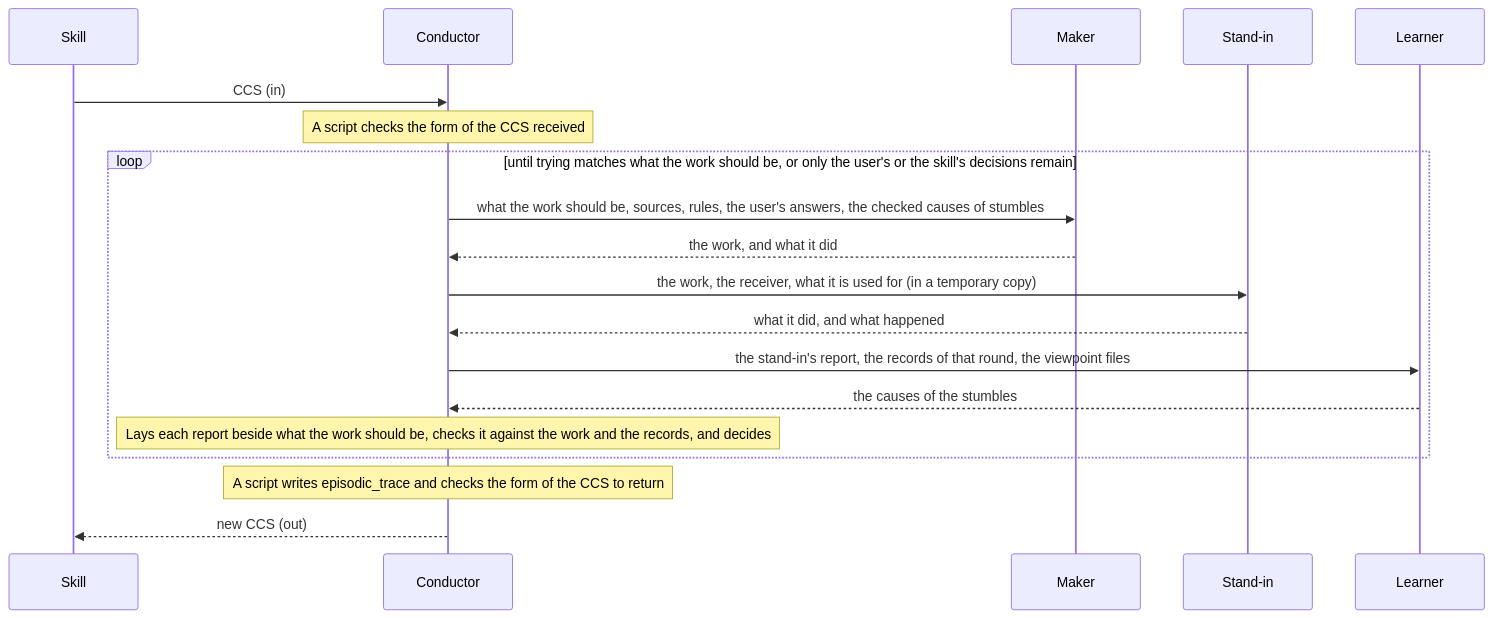
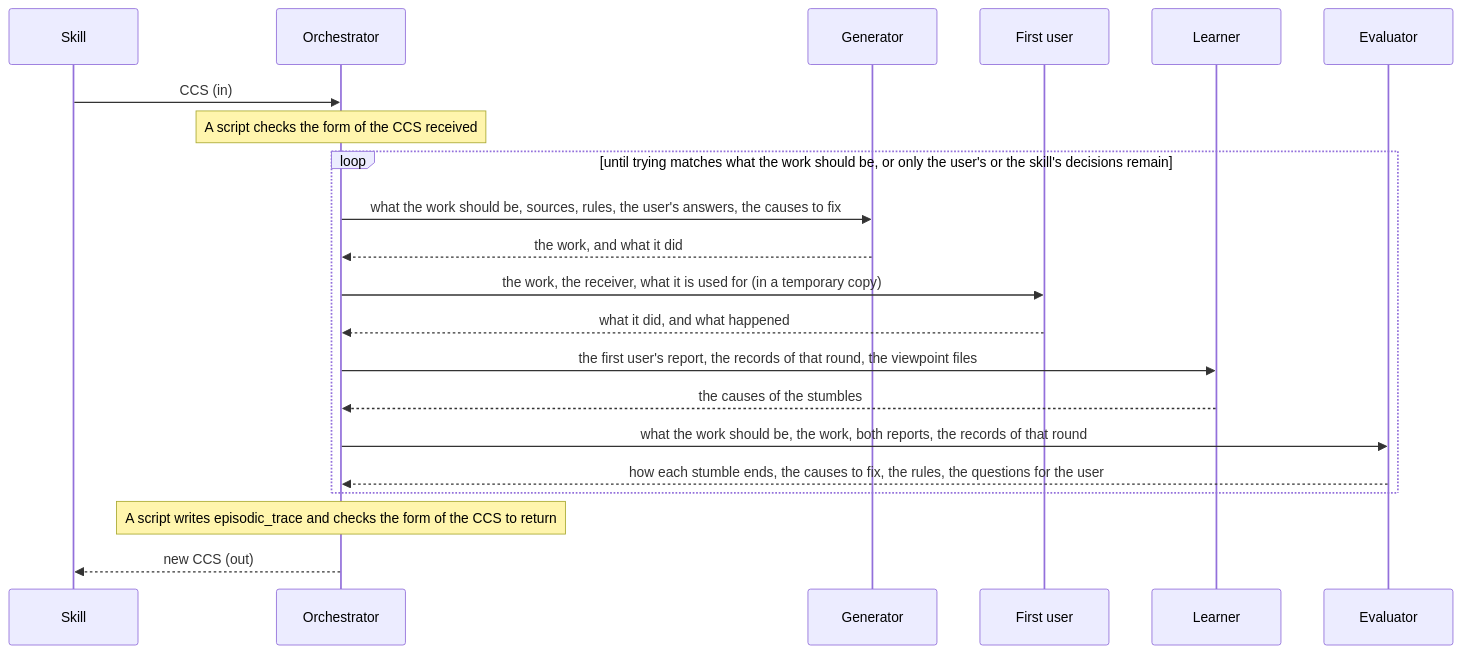
Before and after one commit to lovaizu/ccpm: the diagram in dev/turn/design.md, drawn with Mermaid. The commit also changed other lines of this file and 2 other files, not shown here.

First line of the commit message:
turn: roles are orchestrator, generator, first user, learner and evaluator; only the evaluator decides; the README says what a kind is

````diff
--- a/dev/turn/design.md
+++ b/dev/turn/design.md
@@ -39,21 +37,23 @@
 ```mermaid
 sequenceDiagram
   participant S as Skill
-  participant C as Conductor
-  participant M as Maker
-  participant U as Stand-in
+  participant O as Orchestrator
+  participant G as Generator
+  participant U as First user
   participant L as Learner
-  S->>C: CCS (in)
-  Note over C: A script checks the form of the CCS received
+  participant E as Evaluator
+  S->>O: CCS (in)
+  Note over O: A script checks the form of the CCS received
   loop until trying matches what the work should be, or only the user's or the skill's decisions remain
-    C->>M: what the work should be, sources, rules, the user's answers, the checked causes of stumbles
-    M-->>C: the work, and what it did
-    C->>U: the work, the receiver, what it is used for (in a temporary copy)
-    U-->>C: what it did, and what happened
-    C->>L: the stand-in's report, the records of that round, the viewpoint files
-    L-->>C: the causes of the stumbles
-    Note over C: Lays each report beside what the work should be, checks it against the work and the records, and decides
+    O->>G: what the work should be, sources, rules, the user's answers, the causes to fix
+    G-->>O: the work, and what it did
+    O->>U: the work, the receiver, what it is used for (in a temporary copy)
+    U-->>O: what it did, and what happened
+    O->>L: the first user's report, the records of that round, the viewpoint files
+    L-->>O: the causes of the stumbles
+    O->>E: what the work should be, the work, both reports, the records of that round
+    E-->>O: how each stumble ends, the causes to fix, the rules, the questions for the user
   end
-  Note over C: A script writes episodic_trace and checks the form of the CCS to return
-  C-->>S: new CCS (out)
+  Note over O: A script writes episodic_trace and checks the form of the CCS to return
+  O-->>S: new CCS (out)
 ```
````
